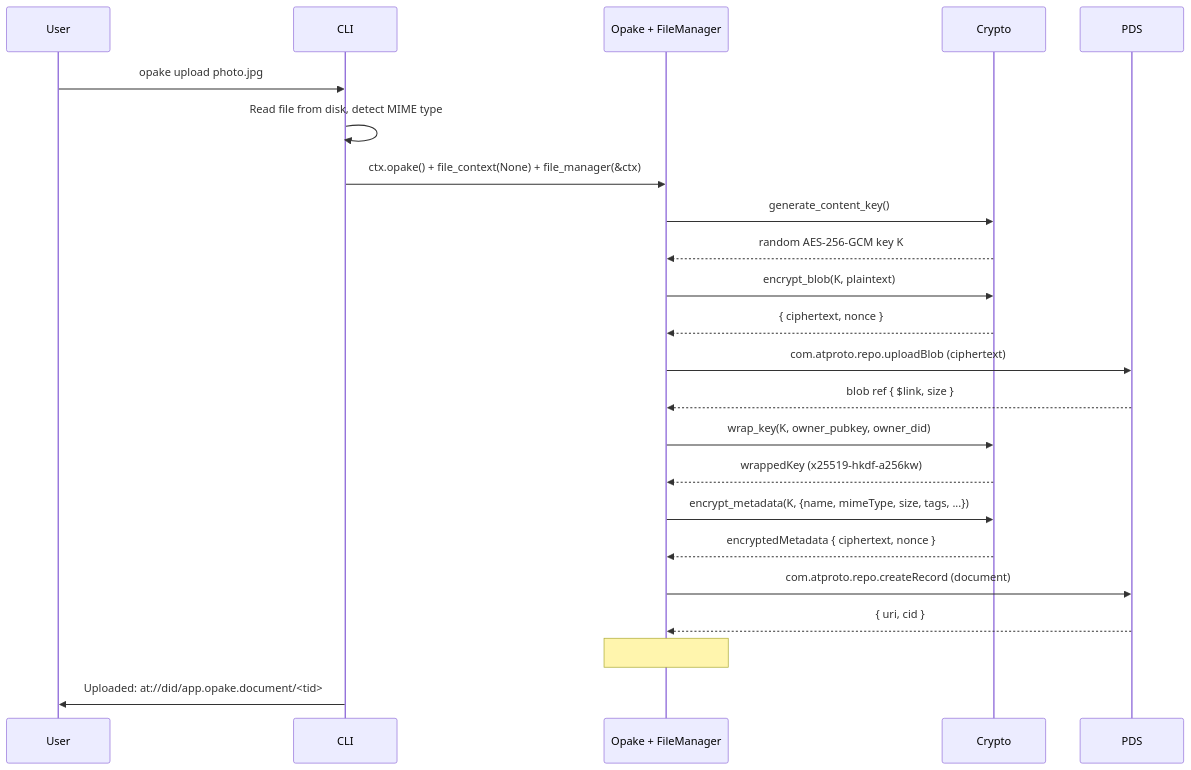
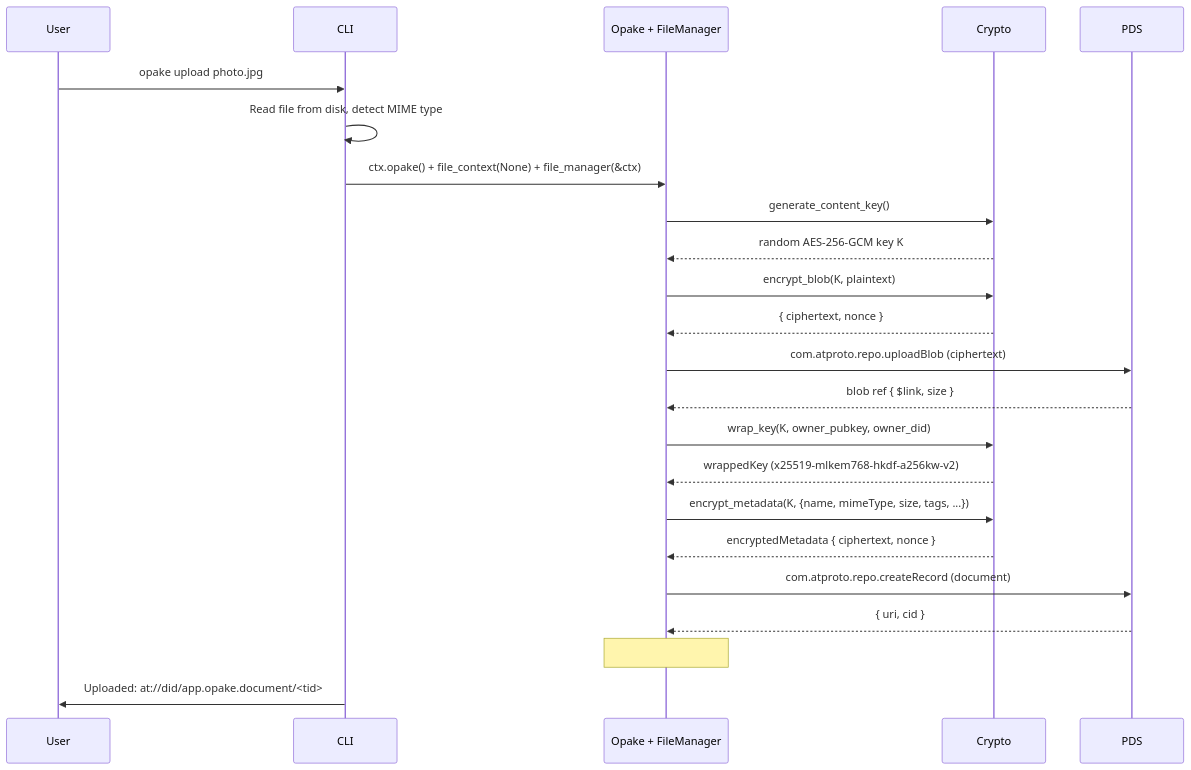
One commit to Sans-Self/Opake changed the first of 5 diagrams in docs/flows/documents.md. Above: the diagram before and after it, drawn with Mermaid. The commit also changed 113 other files, not shown here.

````diff
--- a/docs/flows/documents.md
+++ b/docs/flows/documents.md
@@ -7,35 +7,35 @@
 ```mermaid
 sequenceDiagram
     participant User
     participant CLI
     participant Opake as Opake + FileManager
     participant Crypto
     participant PDS
 
     User->>CLI: opake upload photo.jpg
 
     CLI->>CLI: Read file from disk, detect MIME type
     CLI->>Opake: ctx.opake() + file_context(None) + file_manager(&ctx)
 
     Opake->>Crypto: generate_content_key()
     Crypto-->>Opake: random AES-256-GCM key K
 
     Opake->>Crypto: encrypt_blob(K, plaintext)
     Crypto-->>Opake: { ciphertext, nonce }
 
     Opake->>PDS: com.atproto.repo.uploadBlob (ciphertext)
     PDS-->>Opake: blob ref { $link, size }
 
     Opake->>Crypto: wrap_key(K, owner_pubkey, owner_did)
-    Crypto-->>Opake: wrappedKey (x25519-hkdf-a256kw)
+    Crypto-->>Opake: wrappedKey (x25519-mlkem768-hkdf-a256kw-v2)
 
     Opake->>Crypto: encrypt_metadata(K, {name, mimeType, size, tags, ...})
     Crypto-->>Opake: encryptedMetadata { ciphertext, nonce }
 
     Opake->>PDS: com.atproto.repo.createRecord (document)
     PDS-->>Opake: { uri, cid }
 
     Note over Opake: #[signoff] auto-persists session if refreshed
 
     CLI->>User: Uploaded: at://did/app.opake.document/<tid>
 ```
````
